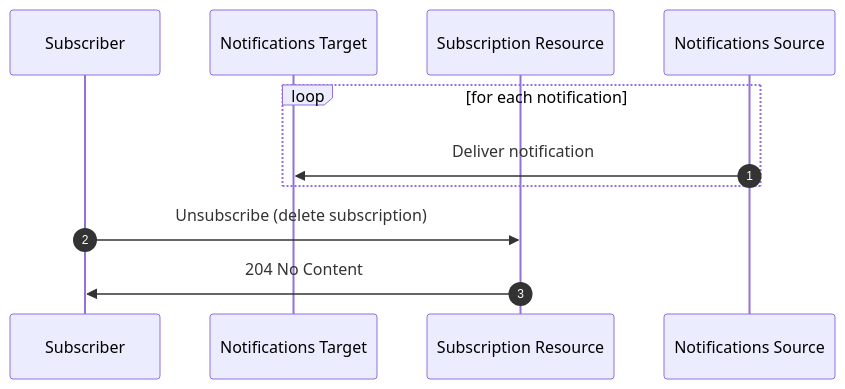
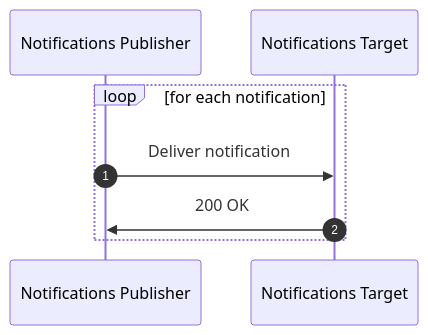
One commit to solid/notifications changed the diagram in notifications-flow-target.mmd. Above: the diagram before and after it, drawn with Mermaid. The commit also changed 2 other files, not shown here.

```diff
--- a/notifications-flow-target.mmd
+++ b/notifications-flow-target.mmd
@@ -1,12 +1,9 @@
 sequenceDiagram
   autonumber
-  participant Subscriber
+  participant Notifications Publisher
   participant Notifications Target
-  participant Subscription Resource
-  participant Notifications Source
 
   loop for each notification
-    Notifications Source ->> Notifications Target: Deliver notification
+    Notifications Publisher ->> Notifications Target: Deliver notification
+    Notifications Target ->> Notifications Publisher: 200 OK
   end
-  Subscriber ->> Subscription Resource: Unsubscribe (delete subscription)
-  Subscription Resource ->> Subscriber: 204 No Content
```
